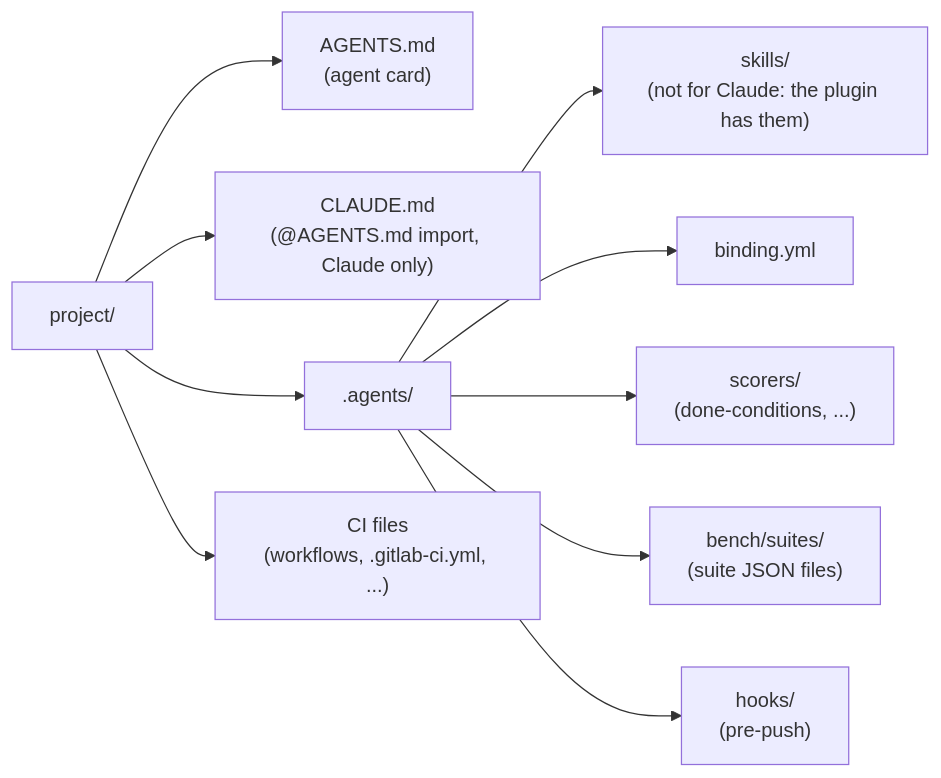
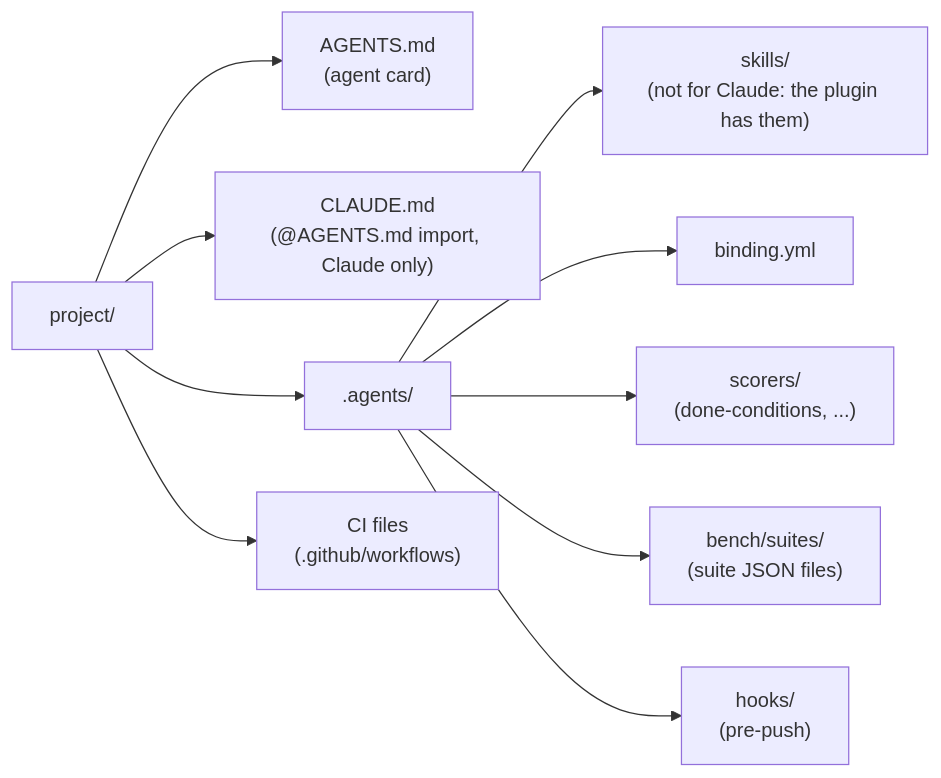
Before and after one commit to dmitriywind/agentic-sdlc: the fifth of 5 diagrams in docs/architecture/components.md, drawn with Mermaid. The commit also changed other lines of this file and 70 other files, not shown here.

````diff
--- a/docs/architecture/components.md
+++ b/docs/architecture/components.md
@@ -205,13 +202,13 @@
 ```mermaid
 flowchart LR
   R["project/"]
   R --> A["AGENTS.md<br/>(agent card)"]
   R --> CL["CLAUDE.md<br/>(@AGENTS.md import, Claude only)"]
   R --> AG[".agents/"]
-  R --> CIF["CI files<br/>(workflows, .gitlab-ci.yml, ...)"]
+  R --> CIF["CI files<br/>(.github/workflows)"]
   AG --> SK["skills/<br/>(not for Claude: the plugin has them)"]
   AG --> BI["binding.yml"]
   AG --> SC["scorers/<br/>(done-conditions, ...)"]
   AG --> BE["bench/suites/<br/>(suite JSON files)"]
   AG --> HK["hooks/<br/>(pre-push)"]
 ```
````
